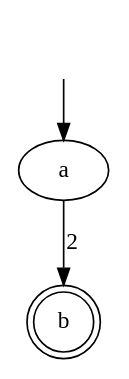
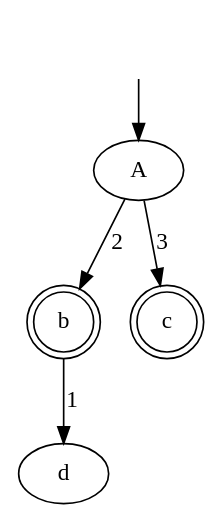
Before and after one commit to JPPinto/automata-analyser: the diagram in graph1.gv, drawn with Graphviz. The commit also changed 5 other files, not shown here.

Commit message:
Finished Parsing .gv file; Display of parsed graph complete.

```diff
--- a/graph1.gv
+++ b/graph1.gv
@@ -1,6 +1,9 @@
 digraph{
 ""[shape=none]
-""->a
-a->b[label="2"]
 b[shape=doublecircle]
+c[shape=doublecircle]
+""->A
+A->b[label=2]
+A->c[label=3]
+b->d[label=1]
 }
```
